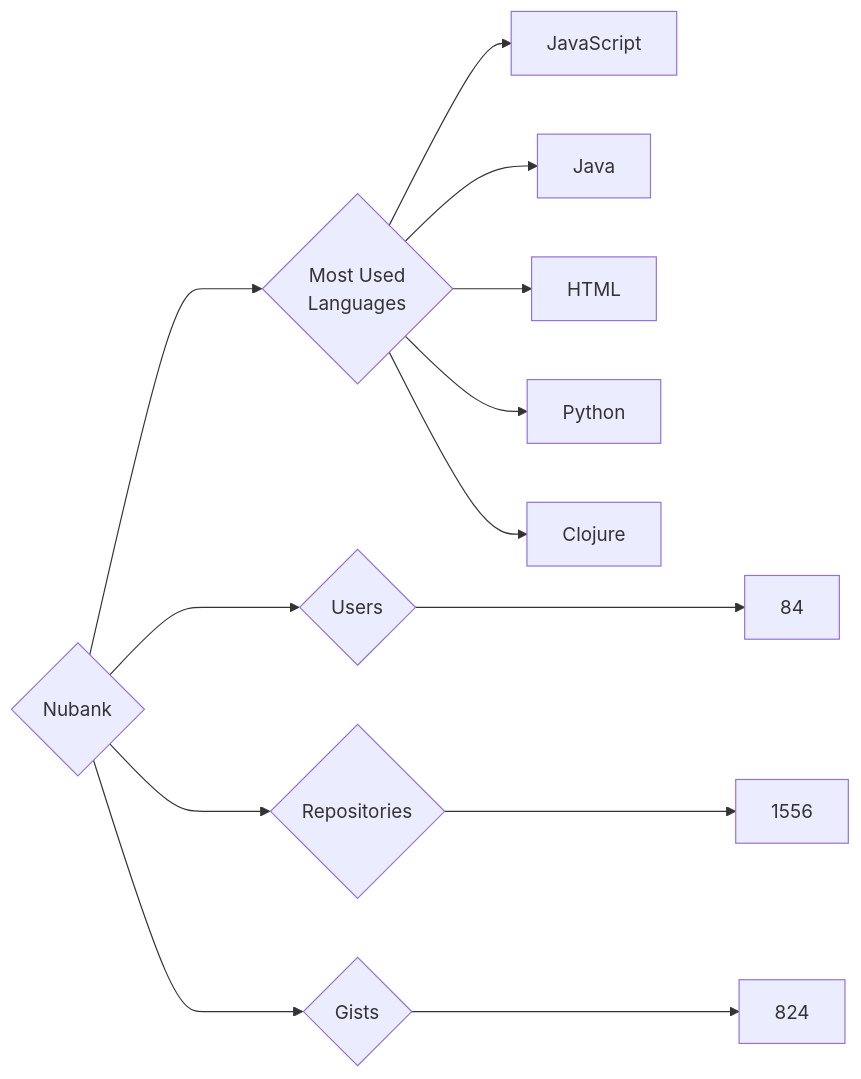
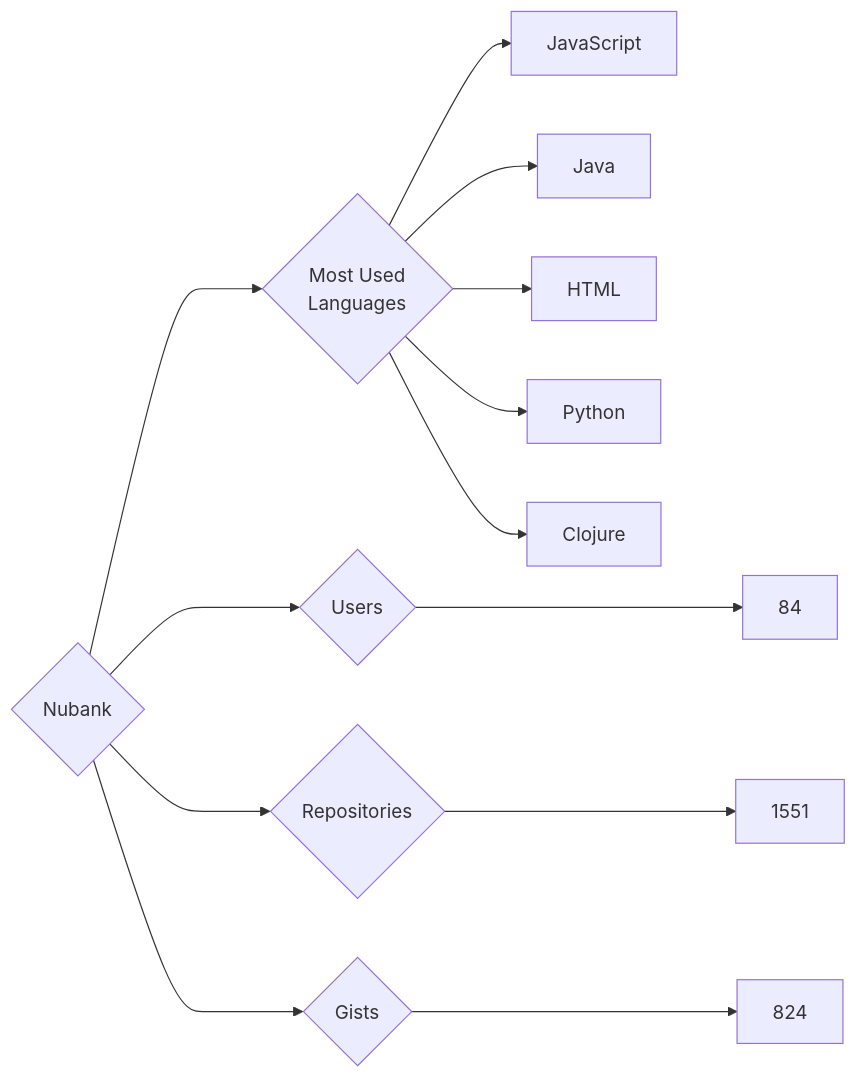
Before and after one commit to trickest/insiders: the diagram in targets/Nubank/README.md, drawn with Mermaid. The commit also changed 839 other files, not shown here.

````diff
--- a/targets/Nubank/README.md
+++ b/targets/Nubank/README.md
@@ -3,13 +3,13 @@
 ```mermaid
 graph LR
 COMPANY_NAME{Nubank}
 COMPANY_NAME ---> U{Users} ---> UN[84]
-COMPANY_NAME ---> R{Repositories} ---> RN[1556]
+COMPANY_NAME ---> R{Repositories} ---> RN[1551]
 COMPANY_NAME ---> G{Gists} ---> GN[824]
 COMPANY_NAME ---> ML{Most Used<br>Languages}
 ML --> JavaScript[JavaScript]
 ML --> Java[Java]
 ML --> HTML[HTML]
 ML --> Python[Python]
 ML --> Clojure[Clojure]
 ```
````
